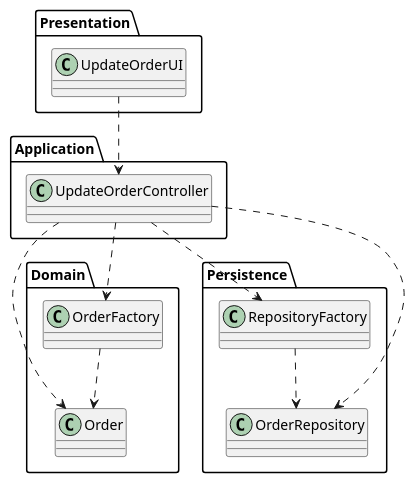
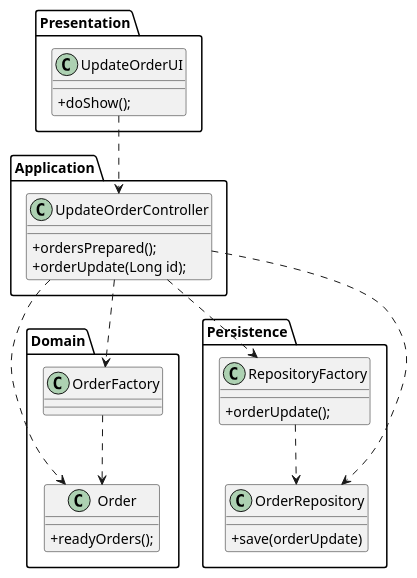
Before and after one commit to 1190772/LAB-Project-4: the diagram in Documentação/1190772/US2004/US2004_CD.puml, drawn with PlantUML.

Commit message:
#20 CD corrections

```diff
--- a/Documentação/1190772/US2004/US2004_CD.puml
+++ b/Documentação/1190772/US2004/US2004_CD.puml
@@ -1,53 +1,56 @@
 @startuml
 skinparam classAttributeIconSize 0
 
 
 Package Presentation{
 class UpdateOrderUI {
++doShow();
 }
 }
 
 Package Application{
 
 class UpdateOrderController {
-
++ordersPrepared();
++orderUpdate(Long id);
 
 }
 }
 
 Package Domain{
 
 class Order {
-
++readyOrders();
 
 }
 
 class OrderFactory{
 }
 
 
 }
 
 
 Package Persistence{
 class RepositoryFactory{
++orderUpdate();
 
 }
 
 class OrderRepository{
-
++save(orderUpdate)
 }
 
 
 }
 
 UpdateOrderUI ..> UpdateOrderController
 UpdateOrderController ..> Order
 UpdateOrderController ..> OrderRepository
 UpdateOrderController ..> RepositoryFactory
 UpdateOrderController ..> OrderFactory
 RepositoryFactory ..> OrderRepository
 OrderFactory..> Order
 
 
 @enduml
```
